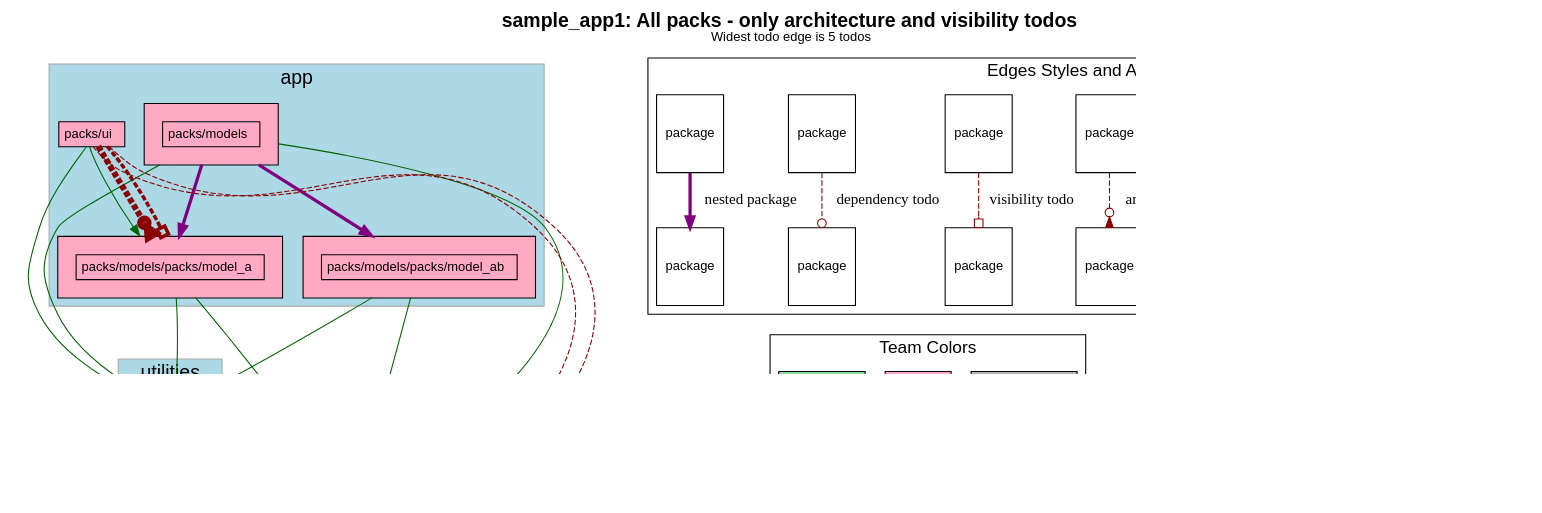
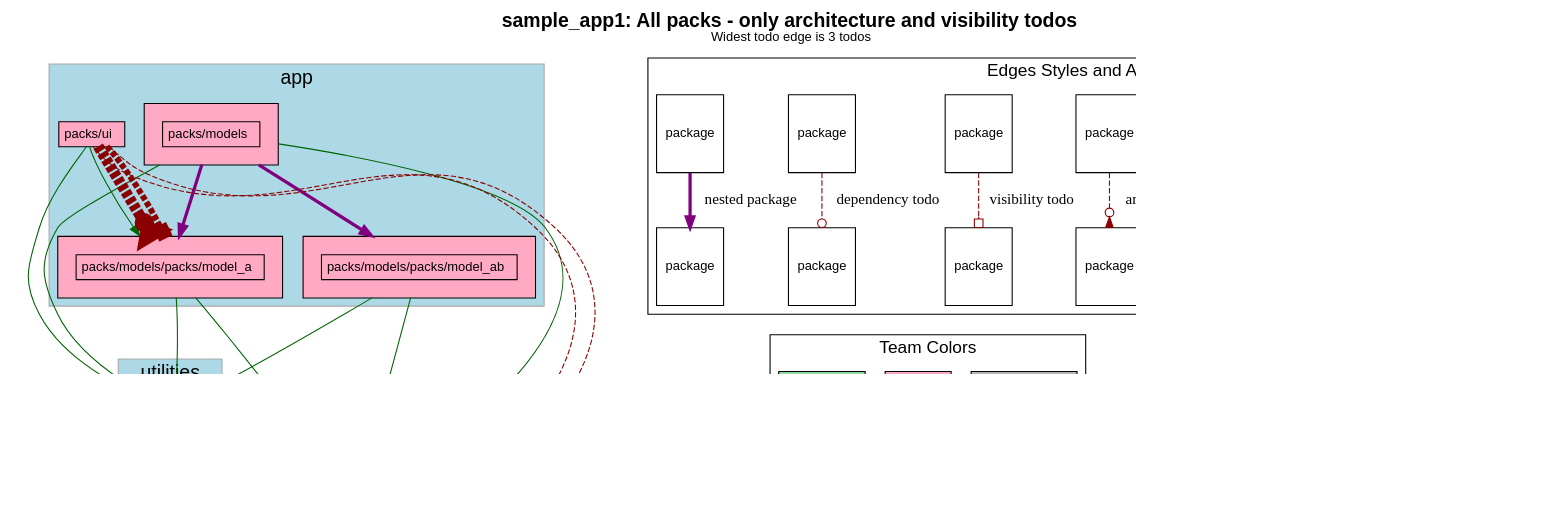
The diagram in spec/sample_app1/test_output/only_todo_types.dot (rubyatscale/visualize_packs), drawn with Graphviz before and after one commit. The commit also changed 6 other files, not shown here.

First line of the commit message:
Fix edge width bug when showing only some types of todos (#44)

```diff
--- a/spec/sample_app1/test_output/only_todo_types.dot
+++ b/spec/sample_app1/test_output/only_todo_types.dot
@@ -5,7 +5,7 @@
     fontname="Helvetica,Arial,sans-serif"
     dpi=100
     layout=dot
-    label=<<b>sample_app1: All packs - only architecture and visibility todos</b><br/><font point-size='12'>Widest todo edge is 5 todos</font>>
+    label=<<b>sample_app1: All packs - only architecture and visibility todos</b><br/><font point-size='12'>Widest todo edge is 3 todos</font>>
     fontsize=18
   ]
   node [
@@ -152,12 +152,12 @@
                 constraint=false
               # headlabel="architecture"
                 arrowhead=invodot
-              penwidth=5.5            ]
+              penwidth=10.0            ]
             "packs/ui" -> "packs/models/packs/model_a" [ color=darkred style=dashed
                 constraint=false
               # headlabel="visibility"
                 arrowhead=obox
-              penwidth=3.25            ]
+              penwidth=5.5            ]
         "packs/models" -> "packs/models/packs/model_a" [ color=purple penwidth=3 ]
         "packs/models" -> "packs/models/packs/model_ab" [ color=purple penwidth=3 ]
     subgraph cluster_legend {
```
